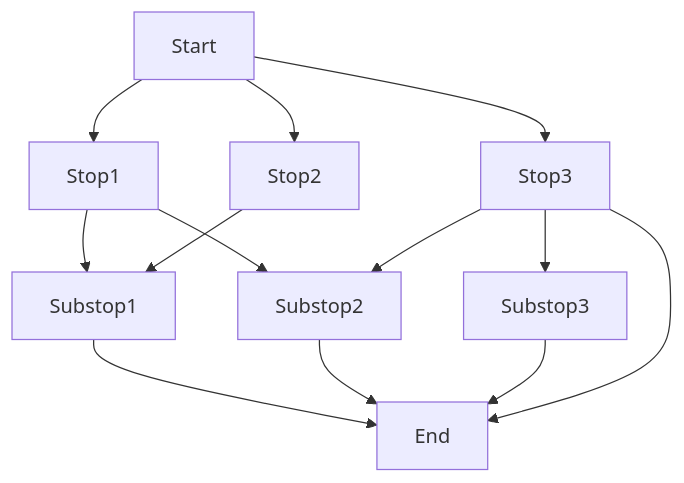
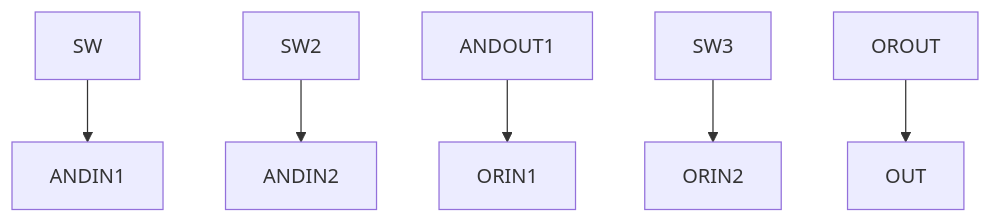
The diagram in README.md (ChatAppDevelopment/ChatApp), drawn with Mermaid before and after one commit.

````diff
--- a/README.md
+++ b/README.md
@@ -3,15 +3,8 @@
 ```mermaid
 graph TD;
-    Start-->Stop1;
-    Start-->Stop2;
-    Start-->Stop3;
-    Stop1-->Substop1;
-    Stop1-->Substop2;
-    Stop2-->Substop1;
-    Stop3-->Substop2;
-    Stop3-->Substop3;
-    Substop1-->End;
-    Substop2-->End;
-    Substop3-->End;
-    Stop3-->End;
+    SW-->ANDIN1;
+    SW2-->ANDIN2;
+    ANDOUT1-->ORIN1;
+    SW3-->ORIN2;
+    OROUT-->OUT;
 ```
````
